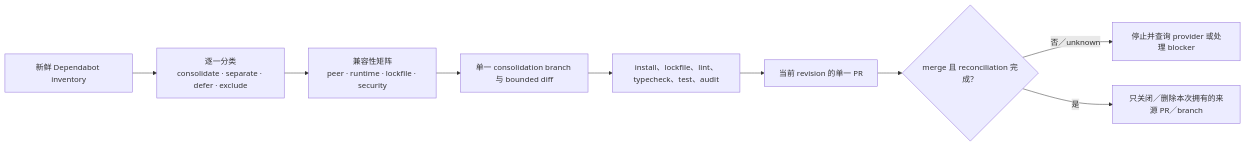
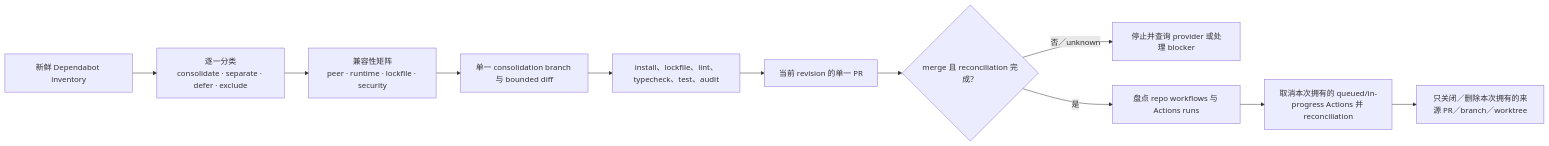
Before and after one commit to stephen-taipei/better-workflows: the second of 2 diagrams in docs/README.zh-CN.md, drawn with Mermaid. The commit also changed other lines of this file and 6 other files, not shown here.

````diff
--- a/docs/README.zh-CN.md
+++ b/docs/README.zh-CN.md
@@ -171,11 +171,13 @@
 ```mermaid
 flowchart LR
   A["新鲜 Dependabot inventory"] --> B["逐一分类\nconsolidate · separate · defer · exclude"]
   B --> C["兼容性矩阵\npeer · runtime · lockfile · security"]
   C --> D["单一 consolidation branch 与 bounded diff"]
   D --> E["install、lockfile、lint、typecheck、test、audit"]
   E --> F["当前 revision 的单一 PR"]
   F --> G{"merge 且 reconciliation 完成？"}
   G -- "否／unknown" --> H["停止并查询 provider 或处理 blocker"]
-  G -- "是" --> I["只关闭／删除本次拥有的来源 PR／branch"]
+  G -- "是" --> J["盘点 repo workflows 与 Actions runs"]
+  J --> K["取消本次拥有的 queued/in-progress Actions 并 reconciliation"]
+  K --> I["只关闭／删除本次拥有的来源 PR／branch／worktree"]
 ```
````
